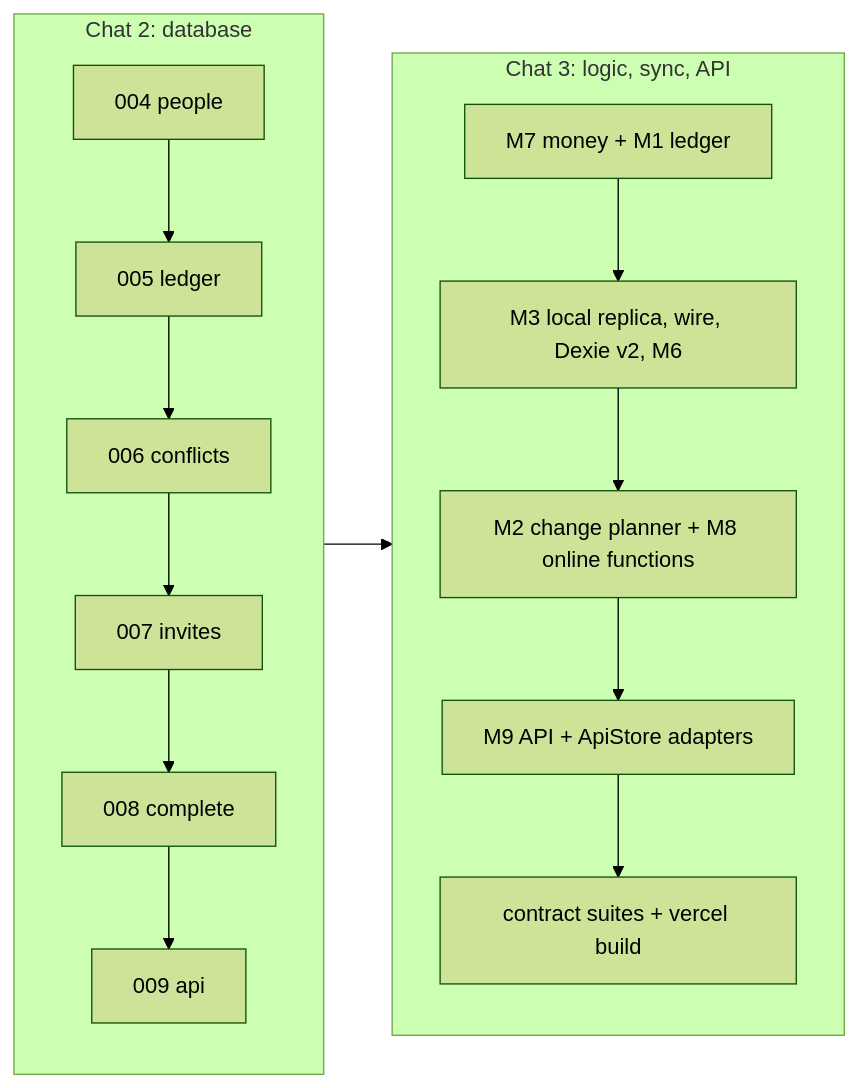
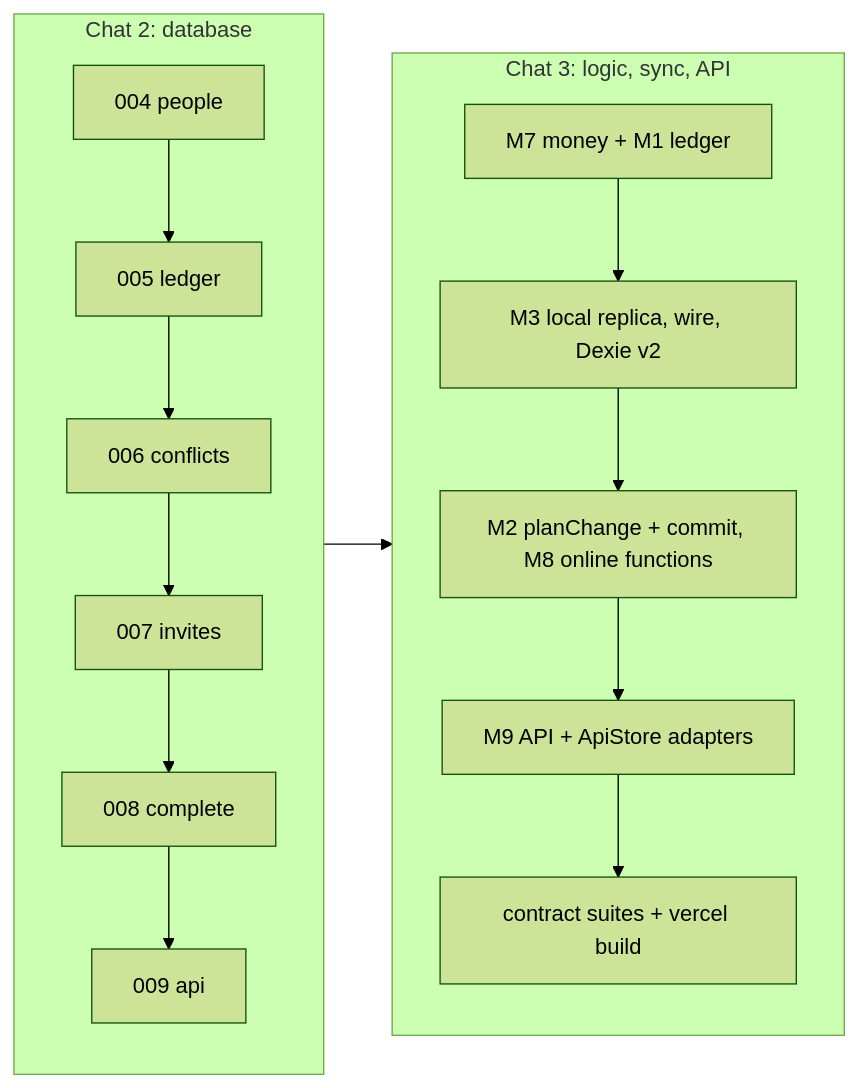
Before and after one commit to alfredmjz/handshake: the fifth of 5 diagrams in docs/architecture.md, drawn with Mermaid (forest theme). The commit also changed other lines of this file and 4 other files, not shown here.

````diff
--- a/docs/architecture.md
+++ b/docs/architecture.md
@@ -453,10 +548,10 @@
 ```mermaid
 flowchart LR
 	subgraph c2["Chat 2: database"]
 		M4["004 people"] --> M5["005 ledger"] --> M6["006 conflicts"] --> M7["007 invites"] --> M8["008 complete"] --> M9["009 api"]
 	end
 	subgraph c3["Chat 3: logic, sync, API"]
-		L1["M7 money + M1 ledger"] --> L2["M3 local replica, wire, Dexie v2, M6"] --> L3["M2 change planner + M8 online functions"] --> L4["M9 API + ApiStore adapters"] --> L5["contract suites + vercel build"]
+		L1["M7 money + M1 ledger"] --> L2["M3 local replica, wire, Dexie v2"] --> L3["M2 planChange + commit, M8 online functions"] --> L4["M9 API + ApiStore adapters"] --> L5["contract suites + vercel build"]
 	end
 	c2 --> c3
 ```
````
